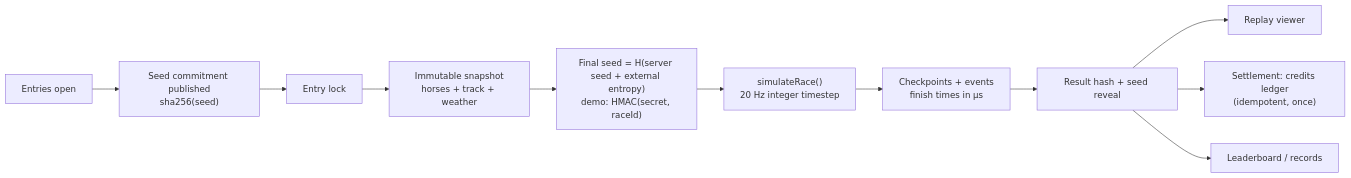
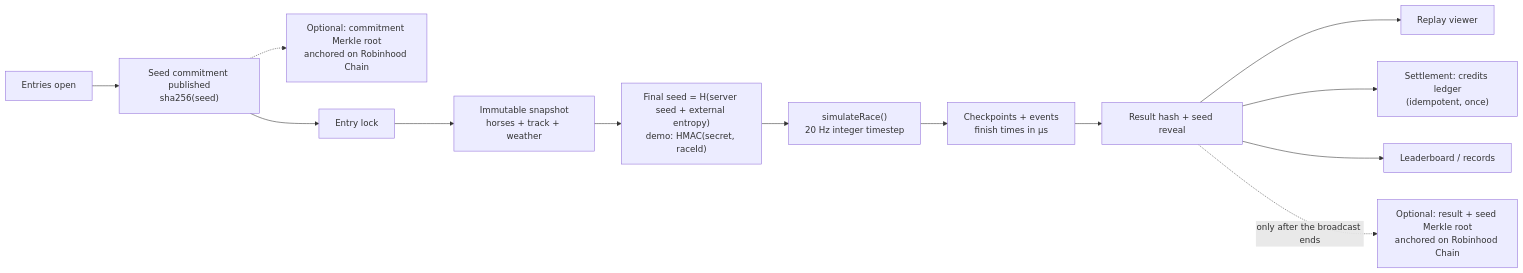
Before and after one commit to stephenclawdbot-png/ranch-game: the second of 7 diagrams in docs/architecture.md, drawn with Mermaid. The commit also changed other lines of this file and 7 other files, not shown here.

First line of the commit message:
Web3: Robinhood Chain research (docs/web3.md), Claude skills, architecture/roadmap updates

````diff
--- a/docs/architecture.md
+++ b/docs/architecture.md
@@ -53,13 +57,15 @@
 ```mermaid
 flowchart LR
   A[Entries open] --> B["Seed commitment published<br/>sha256(seed)"]
+  B -.-> BA["Optional: commitment Merkle root<br/>anchored on Robinhood Chain"]
   B --> C[Entry lock]
   C --> D["Immutable snapshot<br/>horses + track + weather"]
   D --> E["Final seed = H(server seed + external entropy)<br/>demo: HMAC(secret, raceId)"]
   E --> F["simulateRace()<br/>20 Hz integer timestep"]
   F --> G["Checkpoints + events<br/>finish times in µs"]
   G --> H["Result hash + seed reveal"]
   H --> I[Replay viewer]
   H --> J["Settlement: credits ledger<br/>(idempotent, once)"]
   H --> K[Leaderboard / records]
+  H -.->|"only after the broadcast ends"| HA["Optional: result + seed Merkle root<br/>anchored on Robinhood Chain"]
 ```
````
